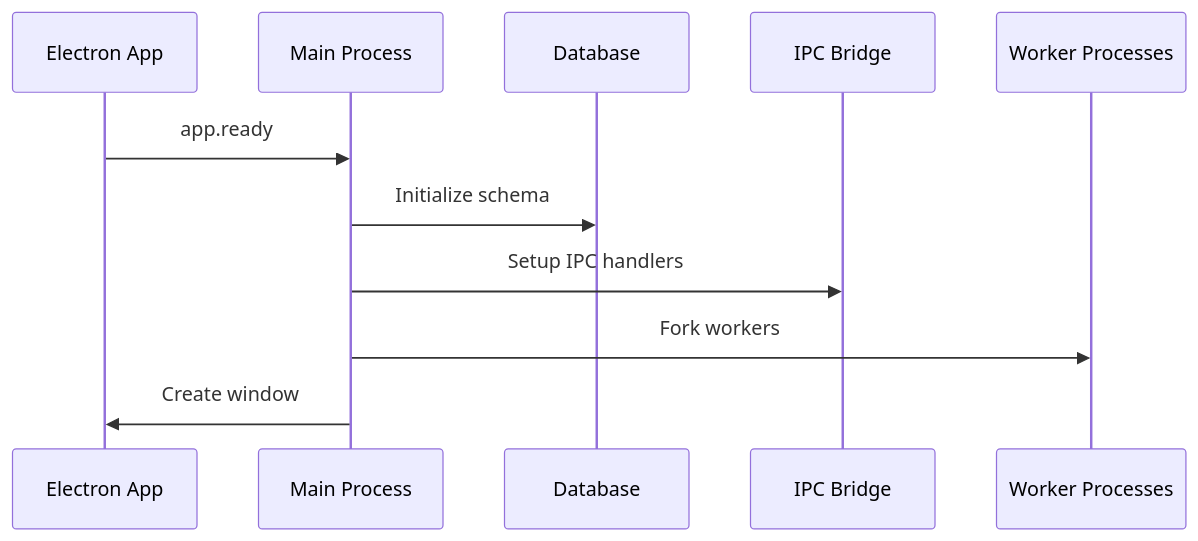
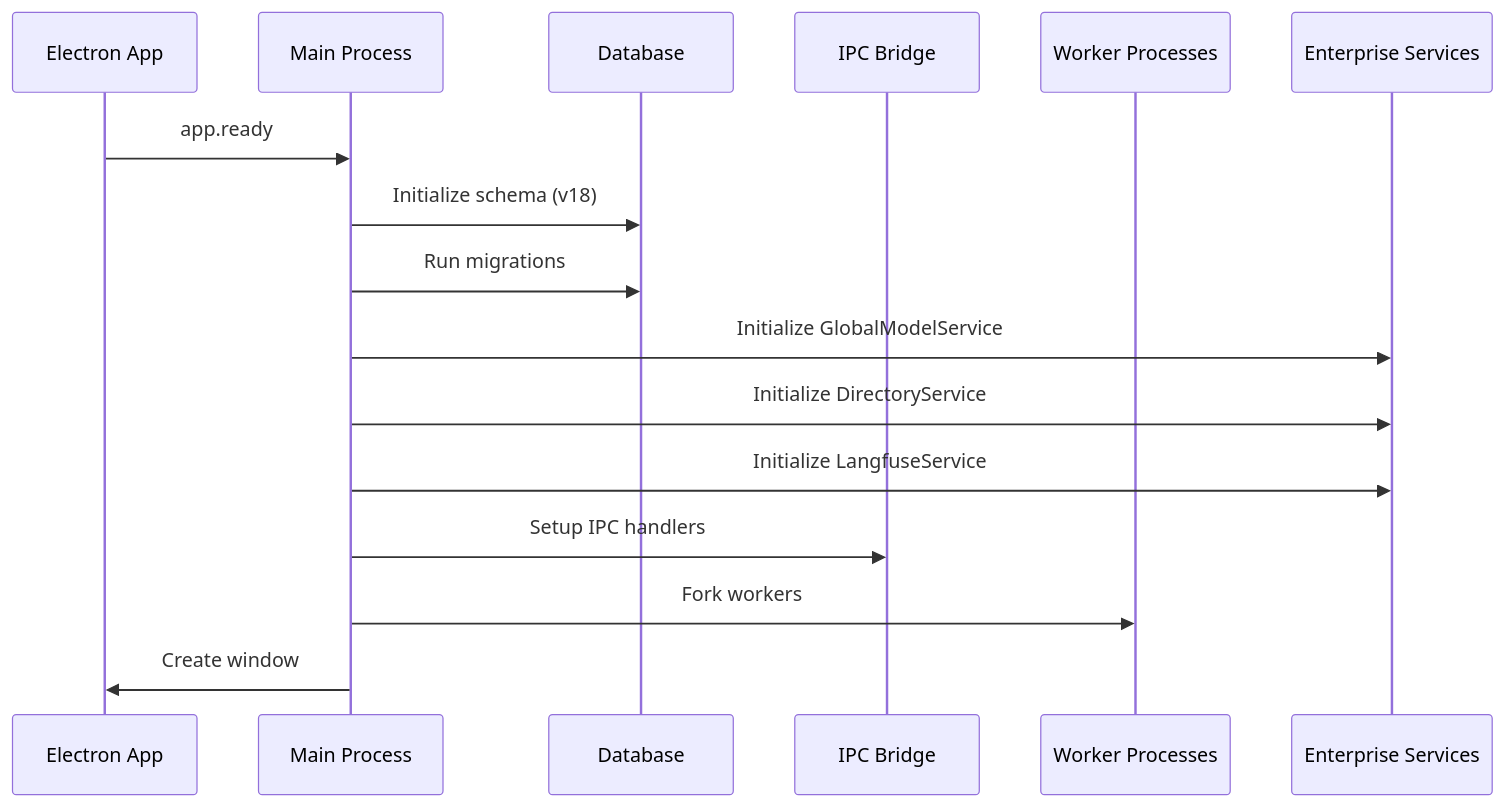
Before and after one commit to jrmatherly/aionui: the second of 12 diagrams in docs/architecture/ARCHITECTURE.md, drawn with Mermaid. The commit also changed other lines of this file, not shown here.

First line of the commit message:
docs(architecture): comprehensive update to reflect current enterprise features

````diff
--- a/docs/architecture/ARCHITECTURE.md
+++ b/docs/architecture/ARCHITECTURE.md
@@ -77,14 +97,19 @@
 ```mermaid
 sequenceDiagram
     participant App as Electron App
     participant Main as Main Process
     participant DB as Database
     participant Bridge as IPC Bridge
     participant Workers as Worker Processes
+    participant Svc as Enterprise Services
 
     App->>Main: app.ready
-    Main->>DB: Initialize schema
+    Main->>DB: Initialize schema (v18)
+    Main->>DB: Run migrations
+    Main->>Svc: Initialize GlobalModelService
+    Main->>Svc: Initialize DirectoryService
+    Main->>Svc: Initialize LangfuseService
     Main->>Bridge: Setup IPC handlers
     Main->>Workers: Fork workers
     Main->>App: Create window
 ```
````
